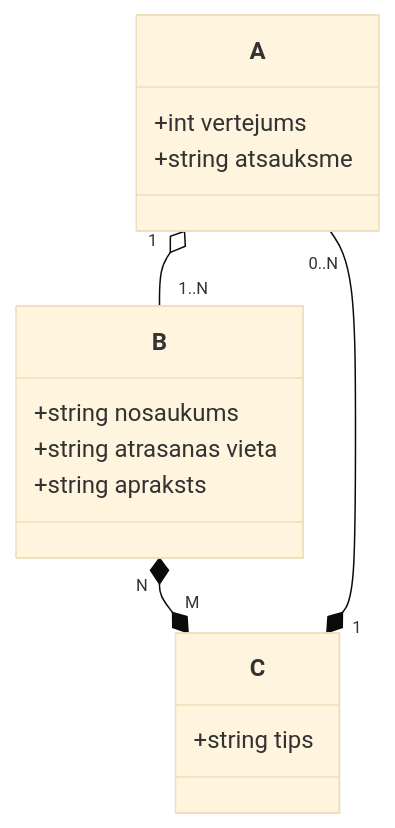
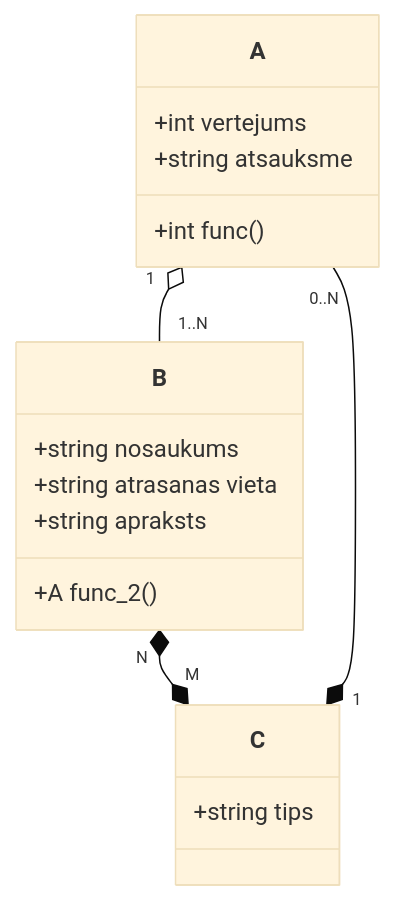
One commit to roberts-pumpurs/mermaid-to-code changed the diagram in sample/classes.md. Above: the diagram before and after it, drawn with Mermaid (base theme). The commit also changed 2 other files, not shown here.

Commit message:
Can parse function declarations

````diff
--- a/sample/classes.md
+++ b/sample/classes.md
@@ -1,20 +1,22 @@
 ```mermaid
  classDiagram
 
     A "1" o-- "1..N" B
     B "N" *--* "M" C
     A "0..N" --* "1" C
 
     class A {
         +int vertejums
         +string atsauksme
+        +int func()
     }
     class B {
         +string nosaukums
         +string atrasanas vieta
         +string apraksts
+        +A func_2()
     }
     class C {
         +string tips
     }
 ```
````
